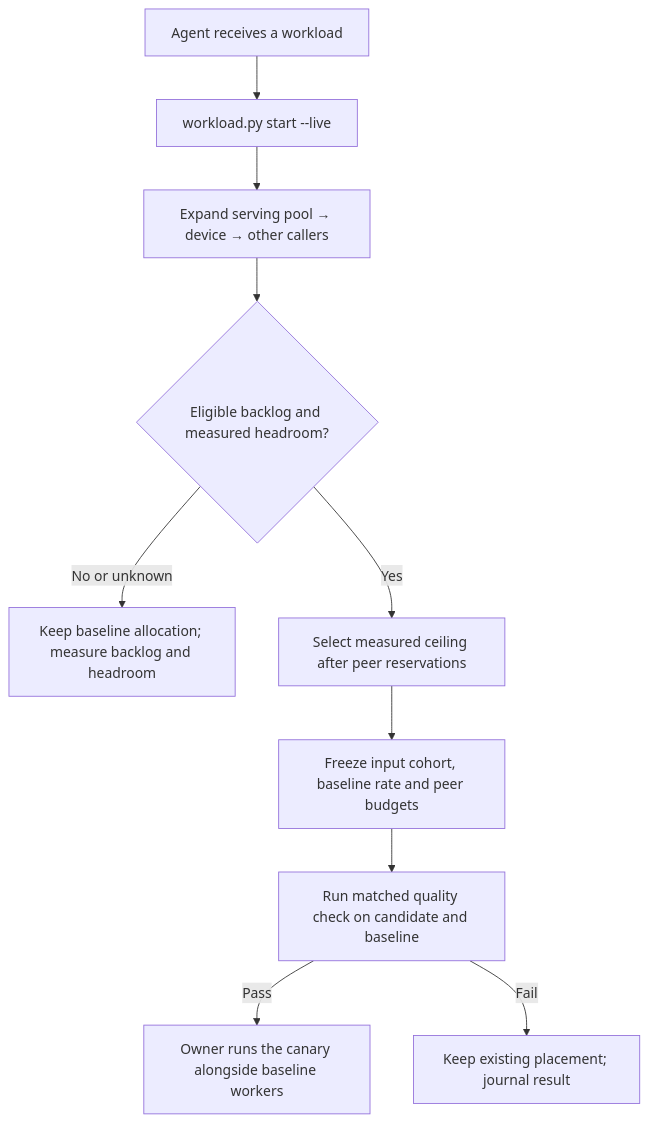
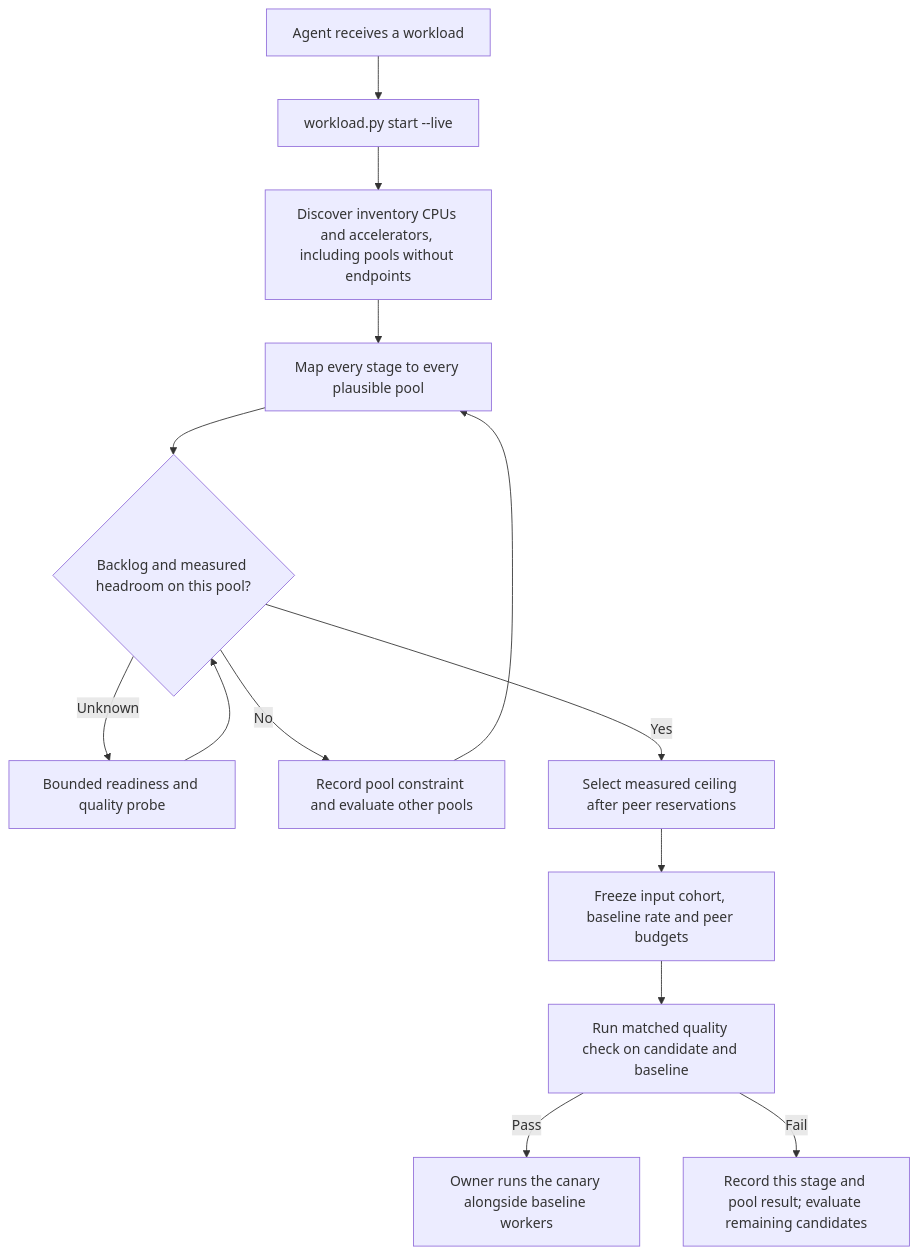
One commit to homeiac/home changed the third of 5 diagrams in docs/methodology/distributed-ai-performance.md. Above: the diagram before and after it, drawn with Mermaid. The commit also changed other lines of this file and 3 other files, not shown here.

````diff
--- a/docs/methodology/distributed-ai-performance.md
+++ b/docs/methodology/distributed-ai-performance.md
@@ -42,12 +42,16 @@
 ```mermaid
 flowchart TD
     A["Agent receives a workload"] --> B["workload.py start --live"]
-    B --> C["Expand serving pool → device → other callers"]
-    C --> D{"Eligible backlog and measured headroom?"}
-    D -->|No or unknown| E["Keep baseline allocation; measure backlog and headroom"]
+    B --> C["Discover inventory CPUs and accelerators, including pools without endpoints"]
+    C --> Stages["Map every stage to every plausible pool"]
+    Stages --> D{"Backlog and measured headroom on this pool?"}
+    D -->|Unknown| Probe["Bounded readiness and quality probe"]
+    Probe --> D
+    D -->|No| Other["Record pool constraint and evaluate other pools"]
+    Other --> Stages
     D -->|Yes| F["Select measured ceiling after peer reservations"]
     F --> G["Freeze input cohort, baseline rate and peer budgets"]
     G --> H["Run matched quality check on candidate and baseline"]
     H -->|Pass| I["Owner runs the canary alongside baseline workers"]
-    H -->|Fail| J["Keep existing placement; journal result"]
+    H -->|Fail| J["Record this stage and pool result; evaluate remaining candidates"]
 ```
````
